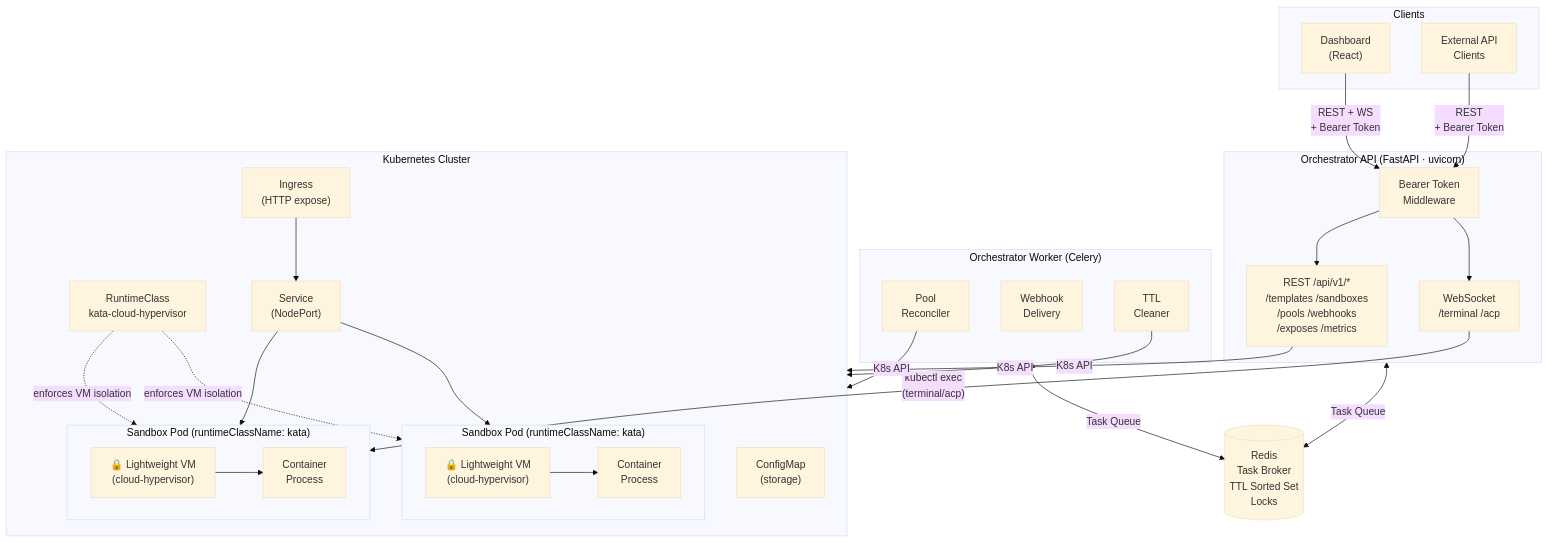
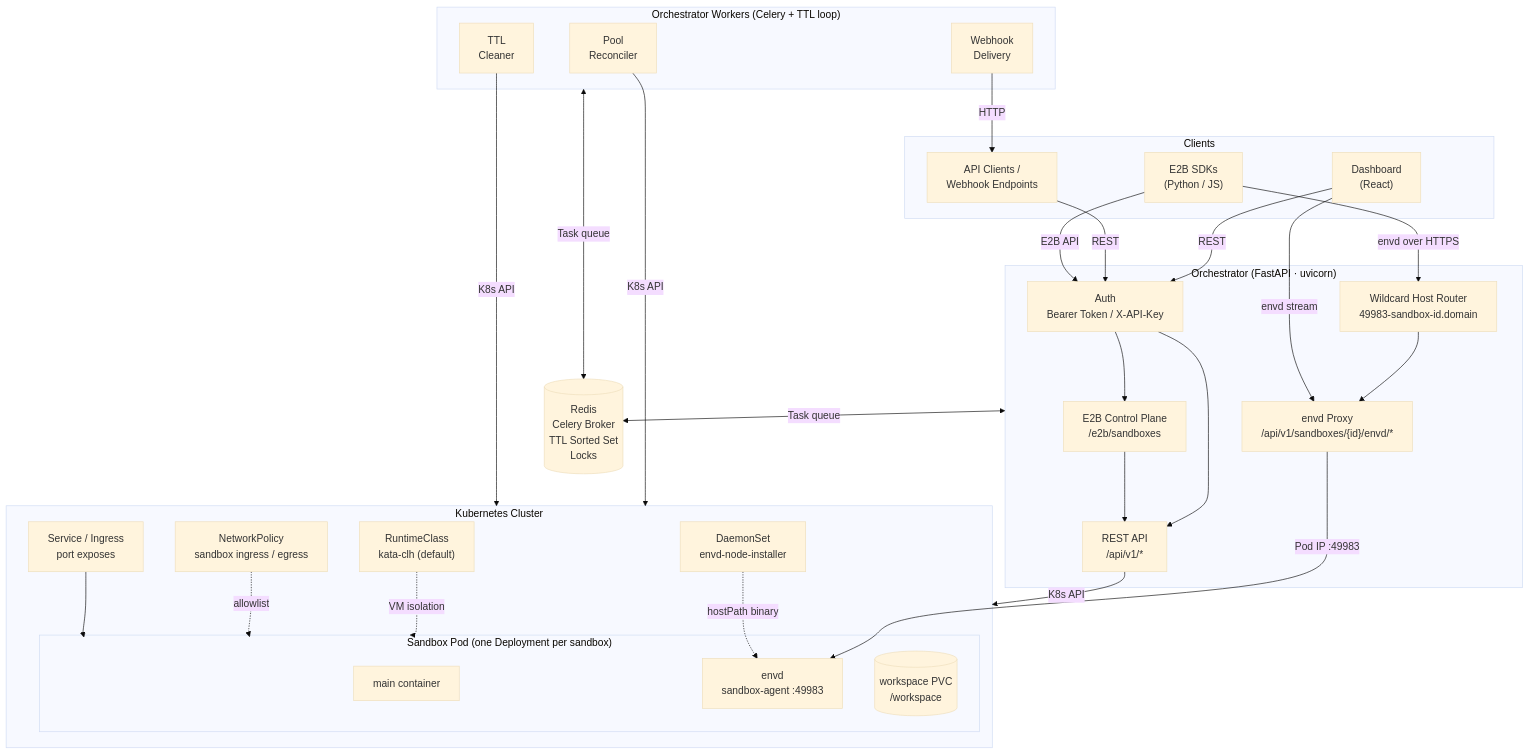
The diagram in README.md (iwrs712/litterbox), drawn with Mermaid (base theme) before and after one commit. The commit also changed other lines of this file and 5 other files, not shown here.

First line of the commit message:
docs: sync architecture and E2B compatibility

````diff
--- a/README.md
+++ b/README.md
@@ -76,61 +83,63 @@
 ```mermaid
 graph TB
     subgraph Clients["Clients"]
         Dashboard["Dashboard\n(React)"]
-        External["External API\nClients"]
+        E2B["E2B SDKs\n(Python / JS)"]
+        APIClients["API Clients /\nWebhook Endpoints"]
     end
 
-    subgraph OrchestratorAPI["Orchestrator API  (FastAPI · uvicorn)"]
-        API["REST /api/v1/*\n/templates  /sandboxes\n/pools  /webhooks\n/exposes  /metrics"]
-        WS["WebSocket\n/terminal  /acp"]
-        Auth["Bearer Token\nMiddleware"]
+    subgraph Orchestrator["Orchestrator  (FastAPI · uvicorn)"]
+        Auth["Auth\nBearer Token / X-API-Key"]
+        E2BAPI["E2B Control Plane\n/e2b/sandboxes"]
+        REST["REST API\n/api/v1/*"]
+        HostRouter["Wildcard Host Router\n49983-sandbox-id.domain"]
+        EnvdProxy["envd Proxy\n/api/v1/sandboxes/{id}/envd/*"]
     end
 
-    subgraph OrchestratorWorker["Orchestrator Worker  (Celery)"]
+    subgraph Workers["Orchestrator Workers  (Celery + TTL loop)"]
         Pool["Pool\nReconciler"]
         Webhook["Webhook\nDelivery"]
         TTL["TTL\nCleaner"]
     end
 
-    Redis[("Redis\nTask Broker\nTTL Sorted Set\nLocks")]
+    Redis[("Redis\nCelery Broker\nTTL Sorted Set\nLocks")]
 
-    subgraph K8sCluster["Kubernetes Cluster"]
-        RuntimeClass["RuntimeClass\nkata-cloud-hypervisor"]
+    subgraph Cluster["Kubernetes Cluster"]
+        RuntimeClass["RuntimeClass\nkata-clh (default)"]
+        NetPol["NetworkPolicy\nsandbox ingress / egress"]
+        Installer["DaemonSet\nenvd-node-installer"]
 
-        subgraph SandboxPod1["Sandbox Pod  (runtimeClassName: kata)"]
-            VM1["🔒 Lightweight VM\n(cloud-hypervisor)"]
-            Container1["Container\nProcess"]
-            VM1 --> Container1
+        subgraph Pod["Sandbox Pod  (one Deployment per sandbox)"]
+            Main["main container"]
+            Envd["envd\nsandbox-agent :49983"]
+            PVC[("workspace PVC\n/workspace")]
         end
 
-        subgraph SandboxPod2["Sandbox Pod  (runtimeClassName: kata)"]
-            VM2["🔒 Lightweight VM\n(cloud-hypervisor)"]
-            Container2["Container\nProcess"]
-            VM2 --> Container2
-        end
-
-        Svc["Service\n(NodePort)"]
-        Ingress["Ingress\n(HTTP expose)"]
-        ConfigMap["ConfigMap\n(storage)"]
-        RuntimeClass -.->|"enforces VM isolation"| SandboxPod1
-        RuntimeClass -.->|"enforces VM isolation"| SandboxPod2
+        Svc["Service / Ingress\nport exposes"]
     end
 
-    Dashboard -->|"REST + WS\n+ Bearer Token"| Auth
-    External -->|"REST\n+ Bearer Token"| Auth
-    Auth --> API
-    Auth --> WS
+    Dashboard -->|"REST"| Auth
+    APIClients -->|"REST"| Auth
+    E2B -->|"E2B API"| Auth
+    E2B -->|"envd over HTTPS"| HostRouter
 
-    API -->|"K8s API"| K8sCluster
-    WS -->|"kubectl exec\n(terminal/acp)"| SandboxPod1
+    Auth --> E2BAPI
+    Auth --> REST
+    HostRouter --> EnvdProxy
+    E2BAPI --> REST
+    Dashboard -->|"envd stream"| EnvdProxy
 
-    Pool -->|"K8s API"| K8sCluster
-    TTL -->|"K8s API"| K8sCluster
+    REST -->|"K8s API"| Cluster
+    Pool -->|"K8s API"| Cluster
+    Webhook -->|"HTTP"| APIClients
+    TTL -->|"K8s API"| Cluster
+    EnvdProxy -->|"Pod IP :49983"| Envd
 
-    OrchestratorAPI <-->|"Task Queue"| Redis
-    OrchestratorWorker <-->|"Task Queue"| Redis
+    Orchestrator <-->|"Task queue"| Redis
+    Workers <-->|"Task queue"| Redis
 
-    Svc --> SandboxPod1
-    Svc --> SandboxPod2
-    Ingress --> Svc
+    Installer -.->|"hostPath binary"| Envd
+    RuntimeClass -.->|"VM isolation"| Pod
+    NetPol -.->|"allowlist"| Pod
+    Svc --> Pod
 ```
````
